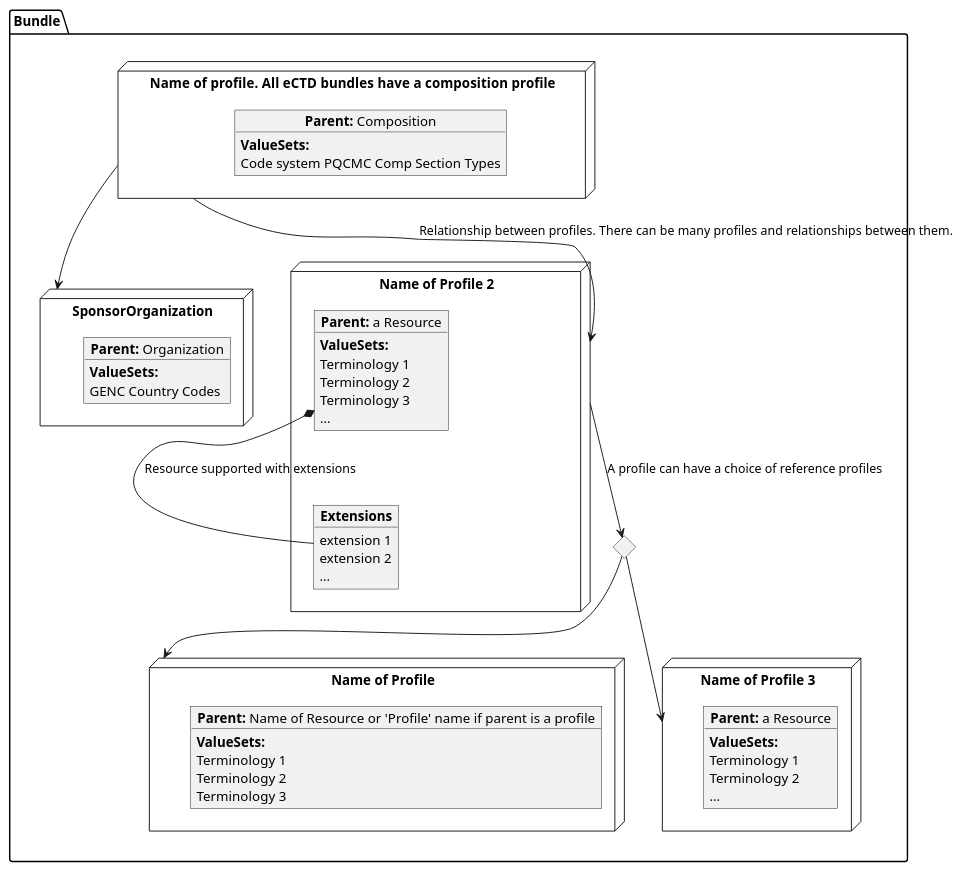
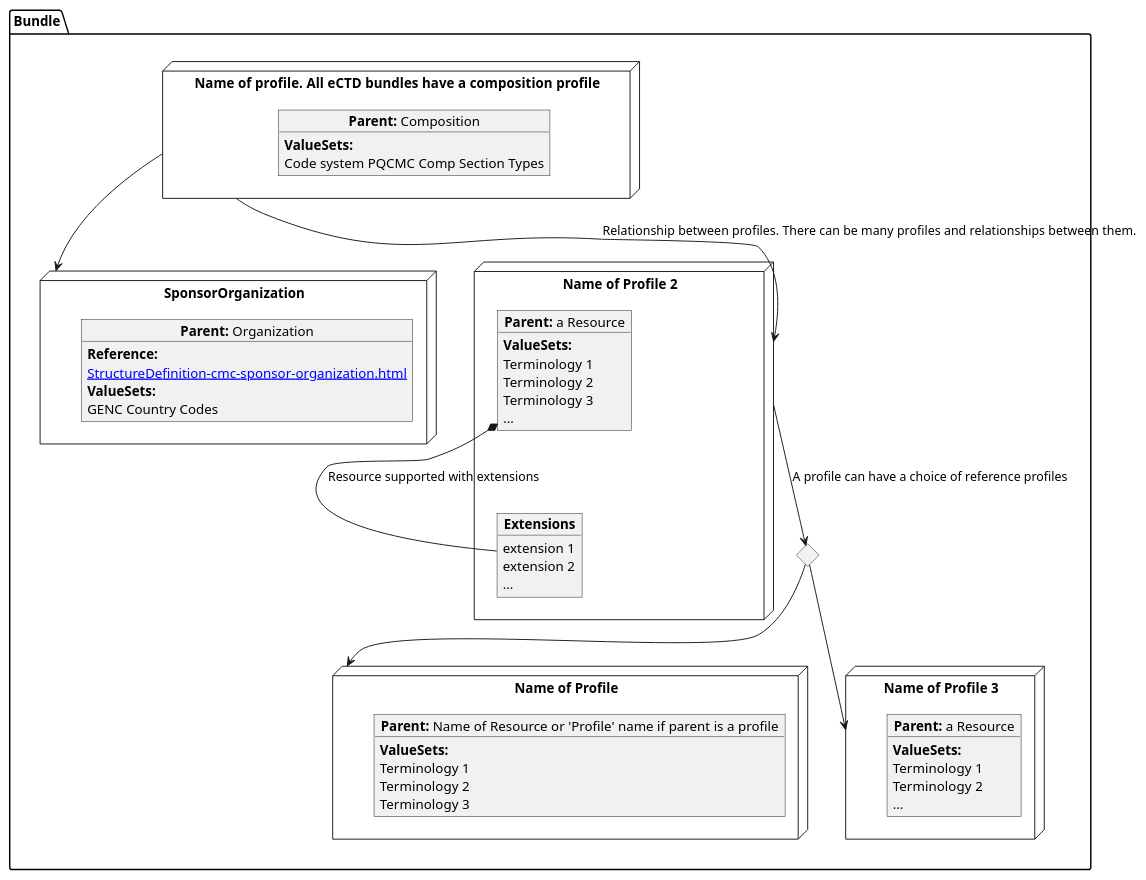
One commit to HL7/FHIR-us-pq-cmc-fda changed the diagram in input/images-source/legend.plantuml. Above: the diagram before and after it, drawn with PlantUML. The commit also changed 40 other files, not shown here.

```diff
--- a/input/images-source/legend.plantuml
+++ b/input/images-source/legend.plantuml
@@ -1,62 +1,64 @@
 @startuml
 allowmixing
 'Mixed model of use case and object
 package "Bundle" as NODES {
 node "Name of Profile" as Nameprofile {
        object "**Parent:** Name of Resource or 'Profile' name if parent is a profile" as objcs {
         **ValueSets:**
           Terminology 1
           Terminology 2
           Terminology 3
       }
 }  
  node "SponsorOrganization" as NSO { 
       object "**Parent:** Organization" as objAu {
+         **Reference:**
+      [[StructureDefinition-cmc-sponsor-organization.html]]
         **ValueSets:**
         GENC Country Codes
     }
 } 
   
   node "Name of Profile 2" as NN { 
       object "**Parent:** a Resource" as obj3 {
         **ValueSets:**
           Terminology 1
           Terminology 2
           Terminology 3
           ...
       }
   object "**Extensions**" as objExs {
         extension 1
         extension 2
         ...
     }
  obj3 *-- objExs : Resource supported with extensions
 
   }
 
 node "Name of profile.  All eCTD bundles have a composition profile" as N1 { 
       object "**Parent:** Composition" as obj1 {
       **ValueSets:**
       Code system PQCMC Comp Section Types
     }
      
 }
 
 diamond CH 
 
 node "Name of Profile 3" as NN3 { 
       object "**Parent:** a Resource" as obj33 {
         **ValueSets:**
           Terminology 1
           Terminology 2
           ...
 }
 }
 
 N1 --> NSO
 NN --> CH : A profile can have a choice of reference profiles
 CH --> Nameprofile
 CH --> NN3
 N1 --> NN :  Relationship between profiles.  There can be many profiles and relationships between them.
 }
 @enduml
```
